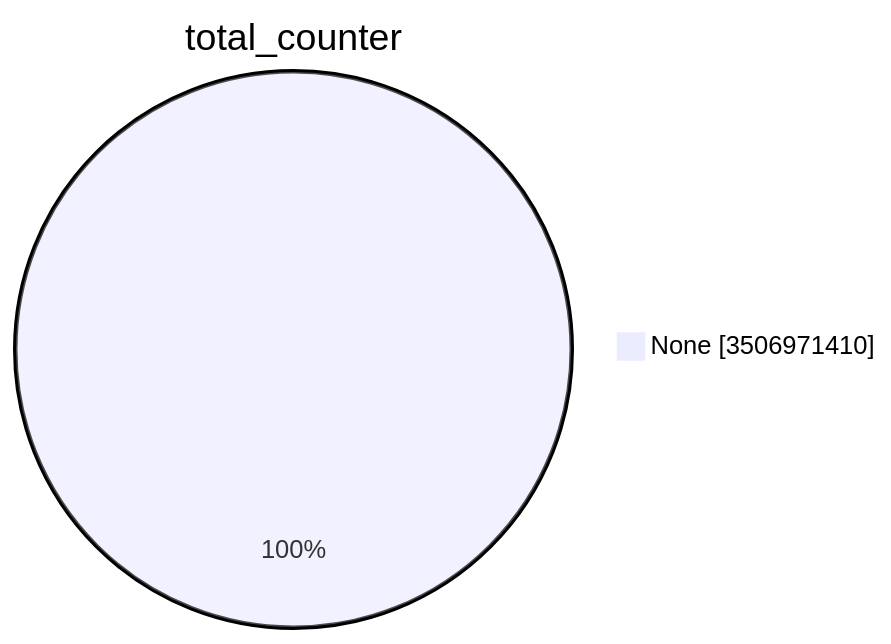
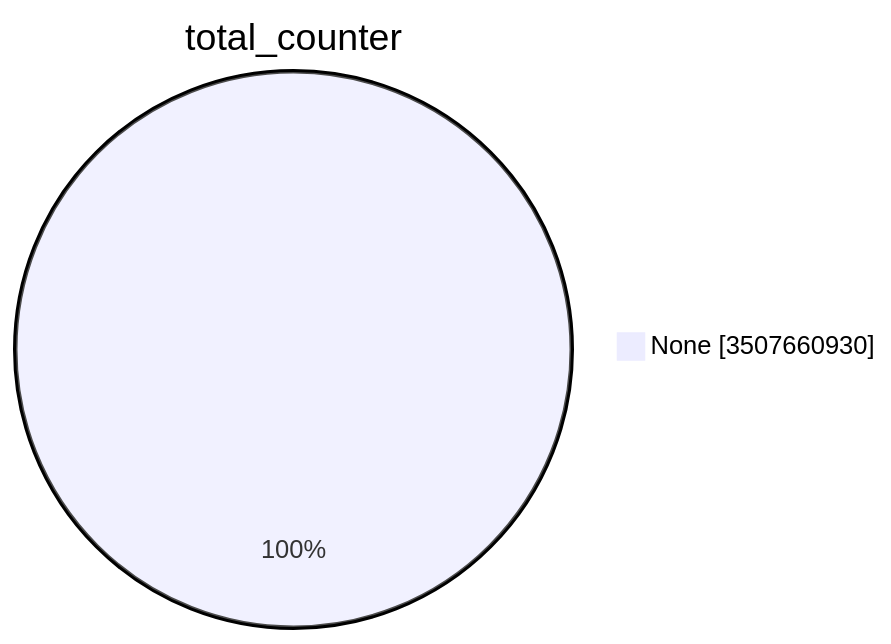
Before and after one commit to christiankrug/ctmonitor_visualization: the first of 15 diagrams in TOTAL/README.md, drawn with Mermaid. The commit also changed other lines of this file, not shown here.

````diff
--- a/TOTAL/README.md
+++ b/TOTAL/README.md
@@ -1,5 +1,5 @@
 ```mermaid
 pie showData
 title total_counter
-"None" :3506971410
+"None" :3507660930
 ```
````
